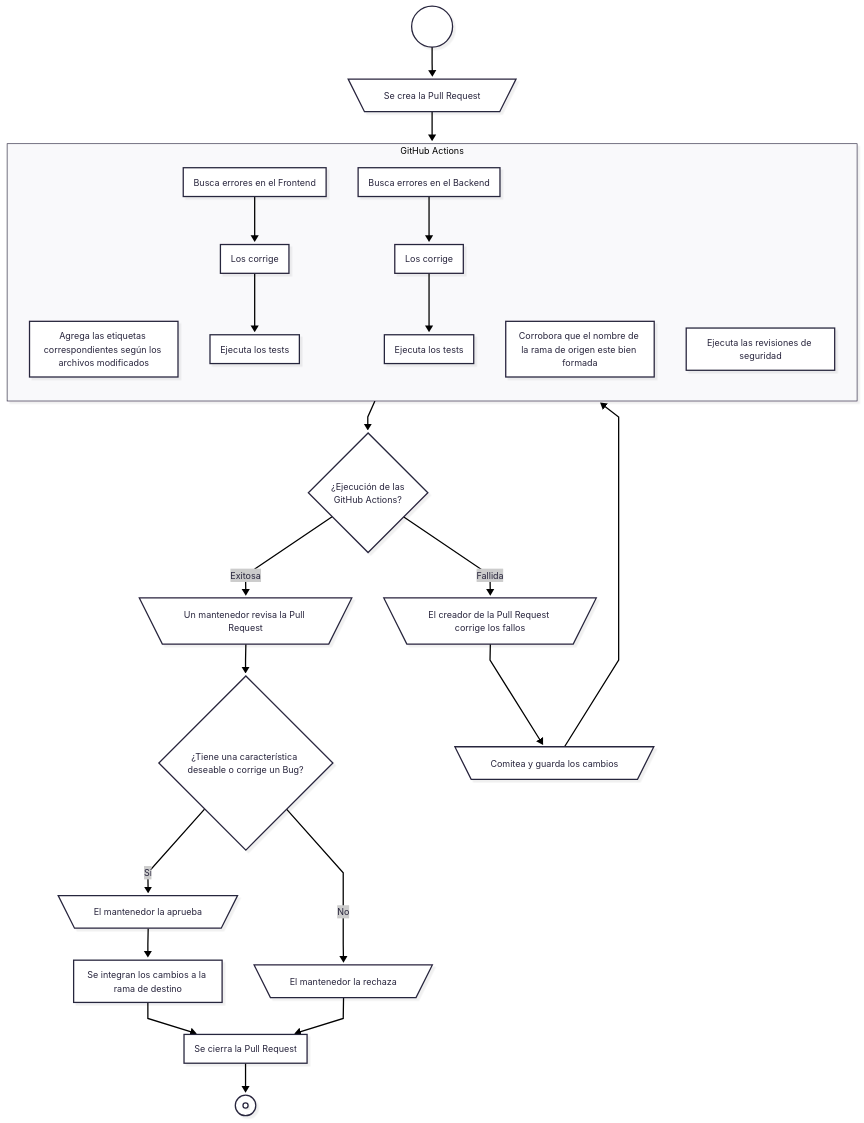
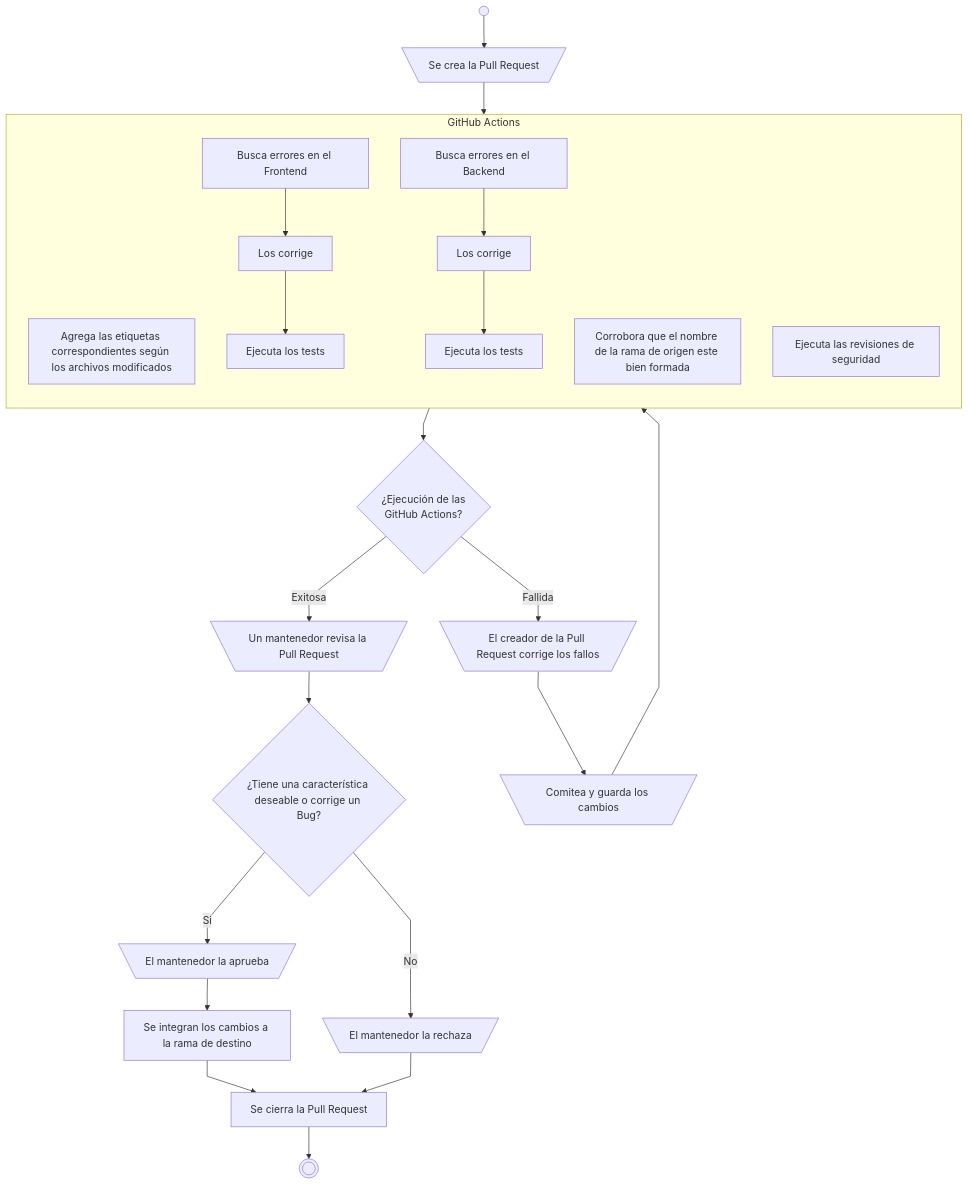
One commit to hozlucas28/UNLaM-Calendar changed the diagram in CONTRIBUTING.md. Above: the diagram before and after it, drawn with Mermaid.

Commit message:
docs(`CONTRIBUTING.md`): remove mermaid configuration attributes

````diff
--- a/CONTRIBUTING.md
+++ b/CONTRIBUTING.md
@@ -121,57 +121,55 @@
 ```mermaid
 ---
 config:
-  look: neo
-  theme: redux
+  htmlLabels: true
   flowchart:
     curve: linear
     inheritDir: true
-    htmlLabels: true
 ---
 
 flowchart
 	direction TB
 
 	Start[ ]@{ shape: circle } --> CreatePR
 
 	CreatePR@{ shape: trap-t, label: "Se crea la Pull Request" } --> RunGHActions
 
 	subgraph RunGHActions["GitHub Actions"]
 		AddLabels["Agrega las etiquetas correspondientes según los archivos modificados"]
 		LintHeadBranchName["Corrobora que el nombre de la rama de origen este bien formada"]
 
 		LintFrontend["Busca errores en el Frontend"] --> FixFrontend
 		FixFrontend["Los corrige"] --> TestFrontend
 		TestFrontend["Ejecuta los tests"]
 
 
 		LintBackend["Busca errores en el Backend"] --> FixBackend
 		FixBackend["Los corrige"] --> TestBackend
 		TestBackend["Ejecuta los tests"]
 
 		SecurityChecks["Ejecuta las revisiones de seguridad"]
 	end
 
 	RunGHActions --> RunGHActionsOutput
 
 	RunGHActionsOutput{"¿Ejecución de las <br />GitHub Actions?"}
 	RunGHActionsOutput -->|Exitosa| MaintainerReviewPR
 	RunGHActionsOutput -->|Fallida| CreatorFixPR
 
 	MaintainerReviewPR@{ shape: trap-t, label: "Un mantenedor revisa la Pull Request" } --> PRHasDesirableFeatureOrBugFix
 	CreatorFixPR@{ shape: trap-t, label: "El creador de la Pull Request corrige los fallos" } --> CommitAndSaveChanges
 	CommitAndSaveChanges@{ shape: trap-t, label: "Comitea y guarda los cambios" } --> RunGHActions
 
 	PRHasDesirableFeatureOrBugFix{"¿Tiene una característica deseable o corrige un Bug?"}
 	PRHasDesirableFeatureOrBugFix -->|Si| Approve
 	PRHasDesirableFeatureOrBugFix -->|No| RejectPR
 
 	Approve@{ shape: trap-t, label: "El mantenedor la aprueba" } --> Merge
 	Merge["Se integran los cambios a la rama de destino"] --> Close
 
 	RejectPR@{ shape: trap-t, label: "El mantenedor la rechaza" } --> Close
 
 	Close["Se cierra la Pull Request"] --> End
 
 	End[ ]@{ shape: dbl-circ }
 ```
````
